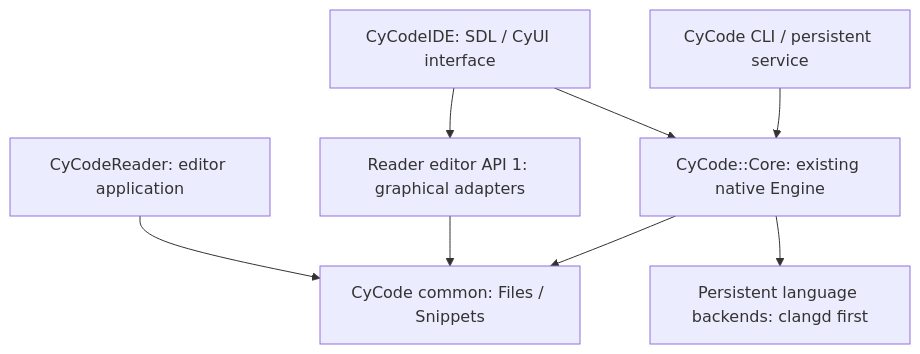
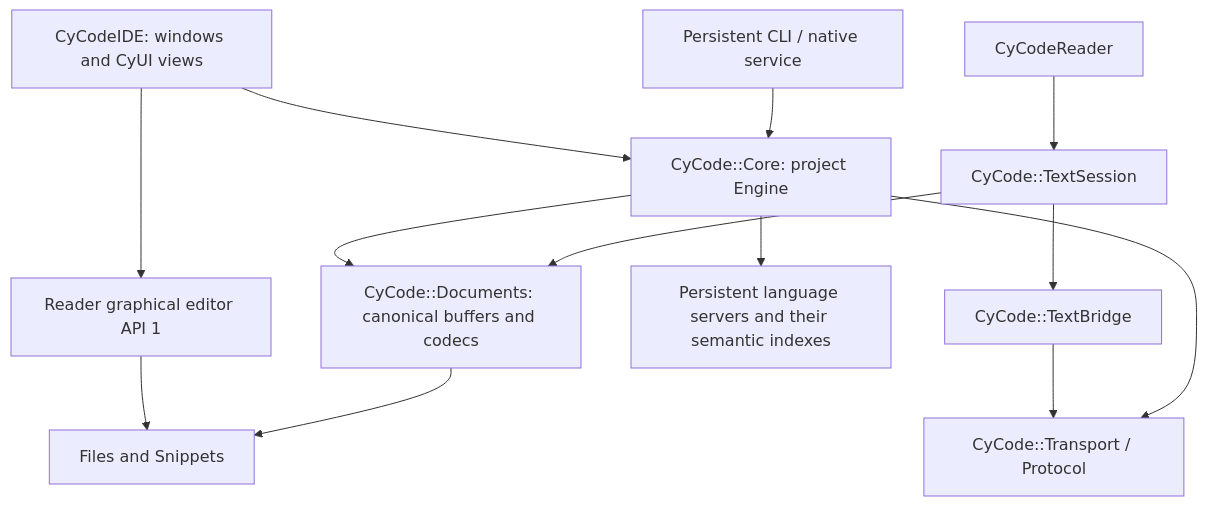
The diagram in app/Docs/CoreExtraction.md (MrMybal/CyCode), drawn with Mermaid before and after one commit. The commit also changed other lines of this file and 32 other files, not shown here.

Commit message:
Unify project buffers and native component selection without graphical dependencies

````diff
--- a/app/Docs/CoreExtraction.md
+++ b/app/Docs/CoreExtraction.md
@@ -26,10 +10,15 @@
 ```mermaid
 flowchart TB
-  IDE[CyCodeIDE: SDL / CyUI interface] --> Engine[CyCode::Core: existing native Engine]
-  CLI[CyCode CLI / persistent service] --> Engine
-  Reader[CyCodeReader: editor application] --> Common[CyCode common: Files / Snippets]
-  IDE --> Editor[Reader editor API 1: graphical adapters]
-  Editor --> Common
-  Engine --> Common
-  Engine --> LSP[Persistent language backends: clangd first]
+  IDE[CyCodeIDE: windows and CyUI views] --> Engine[CyCode::Core: project Engine]
+  CLI[Persistent CLI / native service] --> Engine
+  Reader[CyCodeReader] --> Text[CyCode::TextSession]
+  IDE --> Editor[Reader graphical editor API 1]
+  Engine --> Buffers[CyCode::Documents: canonical buffers and codecs]
+  Text --> Buffers
+  Engine --> Backend[Persistent language servers and their semantic indexes]
+  Text --> Bridge[CyCode::TextBridge]
+  Bridge --> Transport[CyCode::Transport / Protocol]
+  Engine --> Transport
+  Editor --> Common[Files and Snippets]
+  Buffers --> Common
 ```
````
